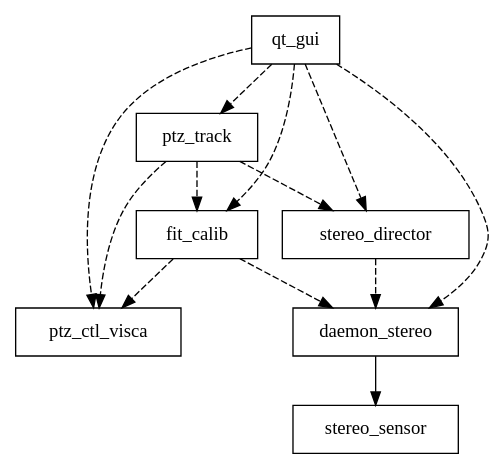
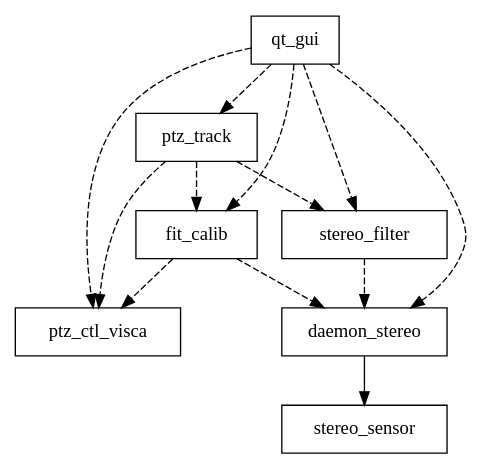
Before and after one commit to dzyswy/ptz-utils: the diagram in docs/class.dot, drawn with Graphviz. The commit also changed 21 other files, not shown here.

```diff
--- a/docs/class.dot
+++ b/docs/class.dot
@@ -1,32 +1,32 @@
 digraph class {
 	node [shape = "record", fontname = "Consolas"] 
 	edge [arrowhead = "empty", fontname = "Consolas"]
 	
 
 	ptz_ctl_visca [label = "{ptz_ctl_visca}"] 
 	
 
 	stereo_sensor [label = "{stereo_sensor}"] 
 	daemon_stereo [label = "{daemon_stereo}"] 
 	
-	stereo_director [label = "{stereo_director}"] 
+	stereo_filter [label = "{stereo_filter}"] 
 	
 	fit_calib [label = "{fit_calib}"] 
 	
 	ptz_track [label = "{ptz_track}"]
 	
 	qt_gui [label = "{qt_gui}"]
 	
 	daemon_stereo -> stereo_sensor [arrowhead="normal", style="normal"]
-	stereo_director -> daemon_stereo [arrowhead="normal", style="dashed"]
+	stereo_filter -> daemon_stereo [arrowhead="normal", style="dashed"]
 	fit_calib -> daemon_stereo [arrowhead="normal", style="dashed"]
 	fit_calib -> ptz_ctl_visca [arrowhead="normal", style="dashed"]
-	ptz_track -> stereo_director [arrowhead="normal", style="dashed"]
+	ptz_track -> stereo_filter [arrowhead="normal", style="dashed"]
 	ptz_track -> ptz_ctl_visca [arrowhead="normal", style="dashed"]
 	ptz_track -> fit_calib [arrowhead="normal", style="dashed"]
 	qt_gui -> ptz_ctl_visca [arrowhead="normal", style="dashed"]
 	qt_gui -> daemon_stereo [arrowhead="normal", style="dashed"]
-	qt_gui -> stereo_director [arrowhead="normal", style="dashed"]
+	qt_gui -> stereo_filter [arrowhead="normal", style="dashed"]
 	qt_gui -> fit_calib [arrowhead="normal", style="dashed"]
 	qt_gui -> ptz_track [arrowhead="normal", style="dashed"]
 }
```
